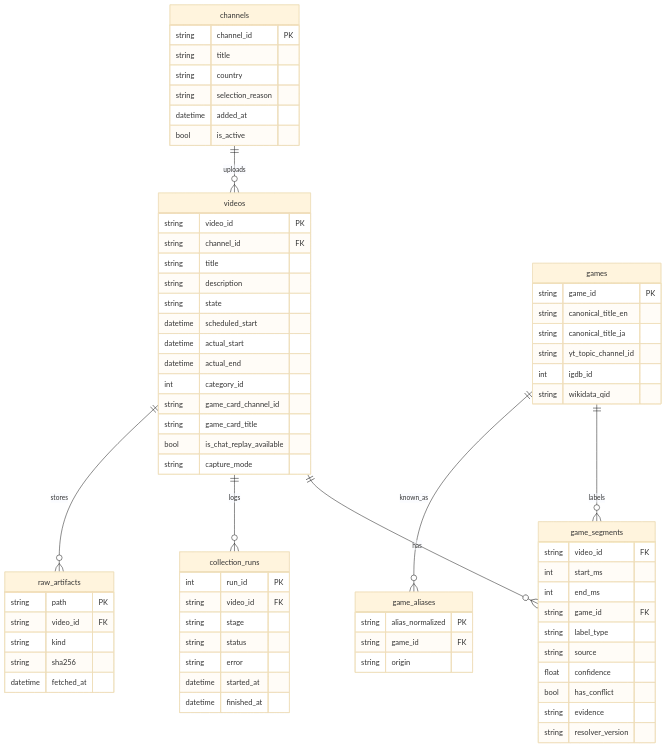
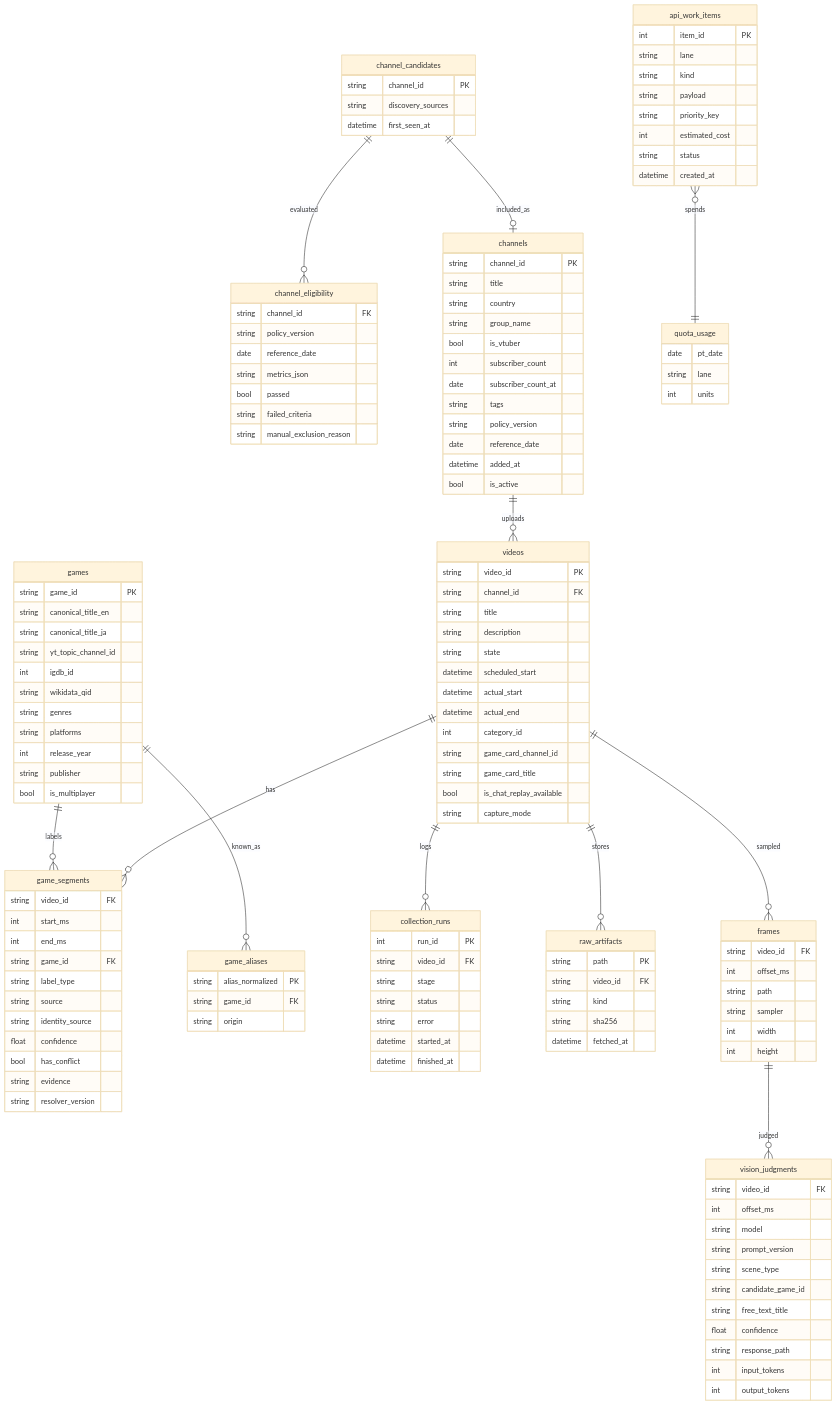
The third of 6 diagrams in Docs/SystemDesign.md (konbraphat51/YtLiveCommentsJpGame), drawn with Mermaid (base theme) before and after one commit. The commit also changed other lines of this file and 1 other file, not shown here.

First line of the commit message:
docs: extend design with vision segmentation, query layer, channel policy and quota priorities

````diff
--- a/Docs/SystemDesign.md
+++ b/Docs/SystemDesign.md
@@ -176,19 +326,44 @@
 ```mermaid
 erDiagram
+  channel_candidates ||--o{ channel_eligibility : evaluated
+  channel_candidates ||--o| channels : included_as
   channels ||--o{ videos : uploads
   videos ||--o{ game_segments : has
   games ||--o{ game_segments : labels
   games ||--o{ game_aliases : known_as
   videos ||--o{ collection_runs : logs
   videos ||--o{ raw_artifacts : stores
+  api_work_items }o--|| quota_usage : spends
+  videos ||--o{ frames : sampled
+  frames ||--o{ vision_judgments : judged
 
   channels {
     string channel_id PK
     string title
     string country
-    string selection_reason
+    string group_name
+    bool is_vtuber
+    int subscriber_count
+    date subscriber_count_at
+    string tags
+    string policy_version
+    date reference_date
     datetime added_at
     bool is_active
+  }
+  channel_candidates {
+    string channel_id PK
+    string discovery_sources
+    datetime first_seen_at
+  }
+  channel_eligibility {
+    string channel_id FK
+    string policy_version
+    date reference_date
+    string metrics_json
+    bool passed
+    string failed_criteria
+    string manual_exclusion_reason
   }
   videos {
     string video_id PK
@@ -212,6 +387,11 @@
     string yt_topic_channel_id
     int igdb_id
     string wikidata_qid
+    string genres
+    string platforms
+    int release_year
+    string publisher
+    bool is_multiplayer
   }
   game_aliases {
     string alias_normalized PK
@@ -225,6 +405,7 @@
     string game_id FK
     string label_type
     string source
+    string identity_source
     float confidence
     bool has_conflict
     string evidence
@@ -246,4 +427,40 @@
     string sha256
     datetime fetched_at
   }
+  api_work_items {
+    int item_id PK
+    string lane
+    string kind
+    string payload
+    string priority_key
+    int estimated_cost
+    string status
+    datetime created_at
+  }
+  quota_usage {
+    date pt_date
+    string lane
+    int units
+  }
+  frames {
+    string video_id FK
+    int offset_ms
+    string path
+    string sampler
+    int width
+    int height
+  }
+  vision_judgments {
+    string video_id FK
+    int offset_ms
+    string model
+    string prompt_version
+    string scene_type
+    string candidate_game_id
+    string free_text_title
+    float confidence
+    string response_path
+    int input_tokens
+    int output_tokens
+  }
 ```
````
